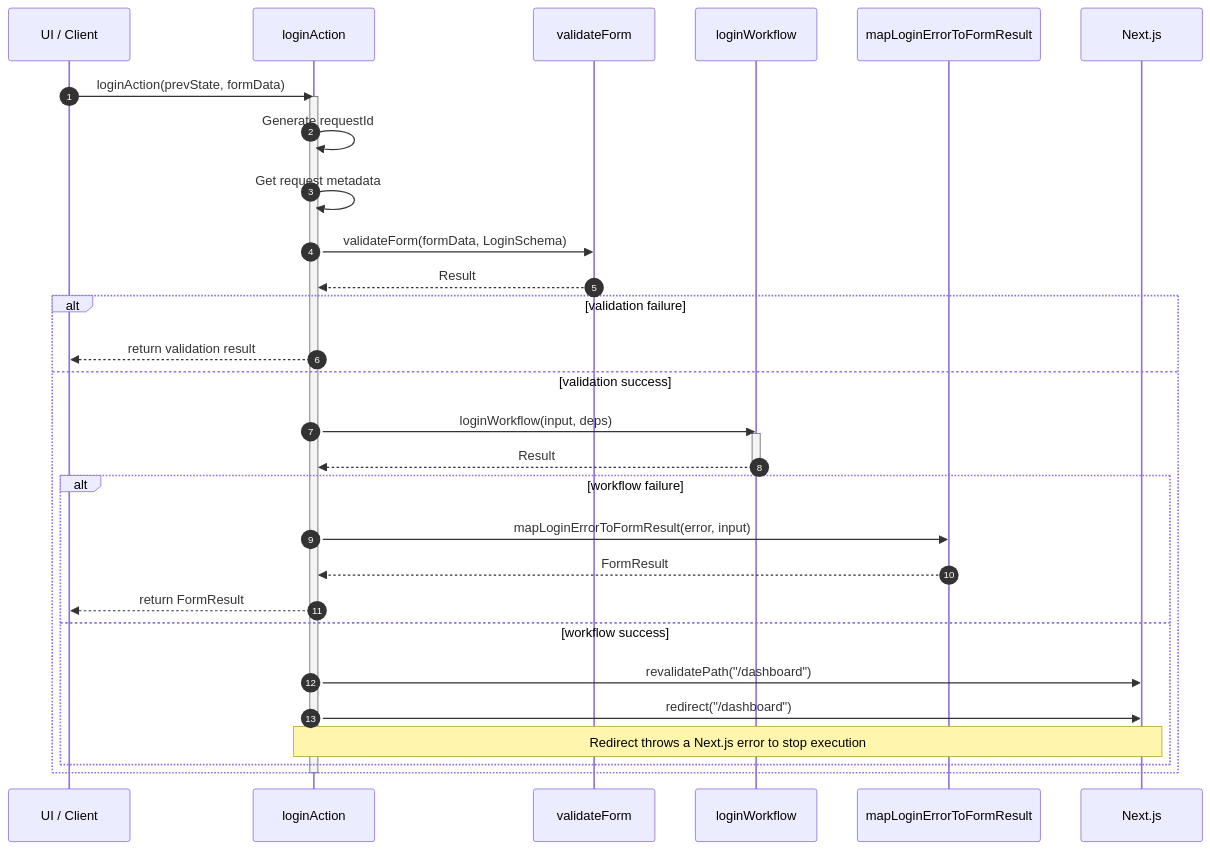
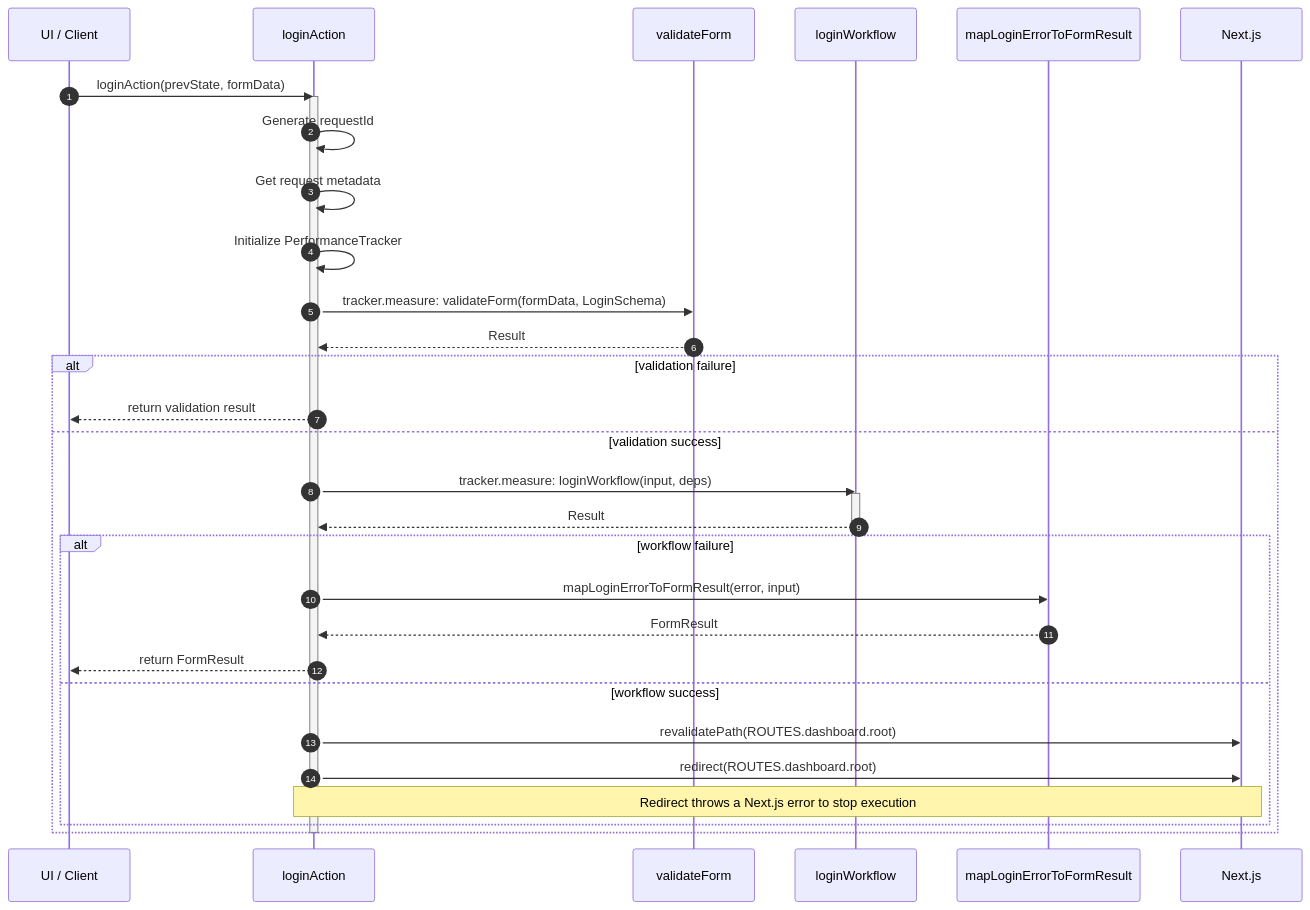
Diagram 12 of 12 in src/modules/auth/server/infrastructure/db/dal/README.md (andrewpetersondev/nextjs-dashboard), drawn with Mermaid before and after one commit. The commit also changed other lines of this file, not shown here.

Commit message:
docs: update flowcharts and sequence diagrams for DAL and LoginUseCase

````diff
--- a/src/modules/auth/server/infrastructure/db/dal/README.md
+++ b/src/modules/auth/server/infrastructure/db/dal/README.md
@@ -482,41 +482,42 @@
 ```mermaid
 sequenceDiagram
   autonumber
 
   participant UI as UI / Client
   participant ACT as loginAction
   participant VAL as validateForm
   participant WF as loginWorkflow
   participant MAP as mapLoginErrorToFormResult
   participant NX as Next.js
 
   UI->>ACT: loginAction(prevState, formData)
   activate ACT
 
   ACT->>ACT: Generate requestId
   ACT->>ACT: Get request metadata
+  ACT->>ACT: Initialize PerformanceTracker
 
-  ACT->>VAL: validateForm(formData, LoginSchema)
+  ACT->>VAL: tracker.measure: validateForm(formData, LoginSchema)
   VAL-->>ACT: Result
 
   alt validation failure
     ACT-->>UI: return validation result
   else validation success
-    ACT->>WF: loginWorkflow(input, deps)
+    ACT->>WF: tracker.measure: loginWorkflow(input, deps)
     activate WF
     WF-->>ACT: Result
     deactivate WF
 
     alt workflow failure
       ACT->>MAP: mapLoginErrorToFormResult(error, input)
       MAP-->>ACT: FormResult
       ACT-->>UI: return FormResult
     else workflow success
-      ACT->>NX: revalidatePath("/dashboard")
-      ACT->>NX: redirect("/dashboard")
+      ACT->>NX: revalidatePath(ROUTES.dashboard.root)
+      ACT->>NX: redirect(ROUTES.dashboard.root)
       note over ACT, NX: Redirect throws a Next.js error to stop execution
     end
   end
 
   deactivate ACT
 ```
````
